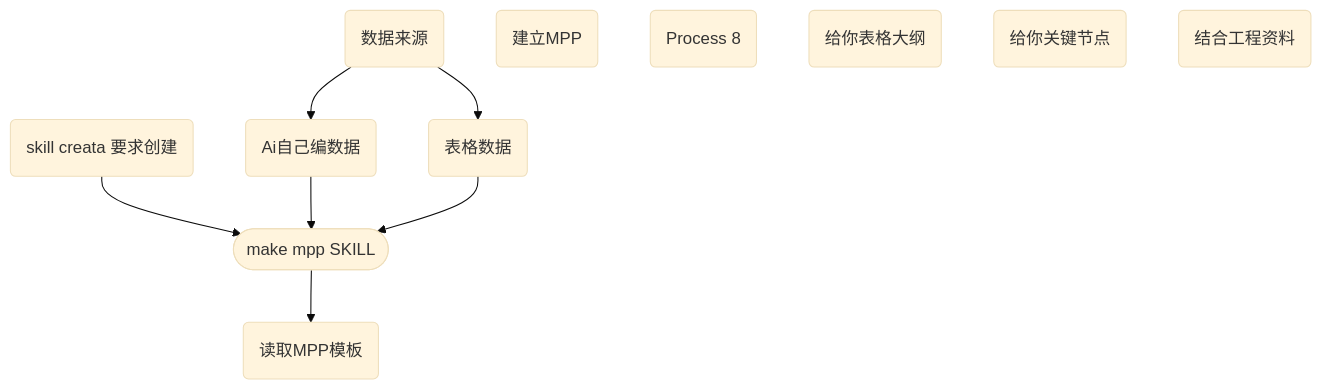
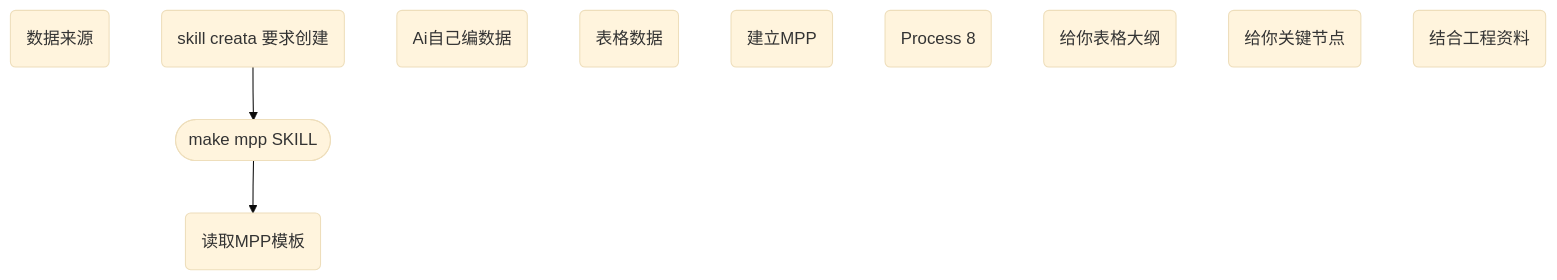
The diagram in notes/进度MMP skill (local)_289c8ca6-dc65-4f5d-8e6f-773a3c6cc0dc.md (fireflysss/mermaid-notes), drawn with Mermaid (base theme) before and after one commit. The commit also changed 3 other files, not shown here.

Commit message:
Sync Mermaid Studio data (11 diagrams)

````diff
--- a/notes/进度MMP skill (local)_289c8ca6-dc65-4f5d-8e6f-773a3c6cc0dc.md
+++ b/notes/进度MMP skill (local)_289c8ca6-dc65-4f5d-8e6f-773a3c6cc0dc.md
@@ -3,21 +3,17 @@
 ```mermaid
 flowchart TD
   n_0(["make mpp SKILL"])
   n_1("数据来源")
   n_2("skill  creata 要求创建")
   n_3("Ai自己编数据")
   n_4("表格数据")
   n_5("建立MPP")
   n_6("读取MPP模板")
   n_7("Process 8")
   n_8("给你表格大纲")
   n_9("给你关键节点")
   n_10("结合工程资料")
-  n_1 --> n_3
-  n_1 --> n_4
   n_2 --> n_0
-  n_3 --> n_0
-  n_4 --> n_0
   n_0 --> n_6
 
 ```
````
